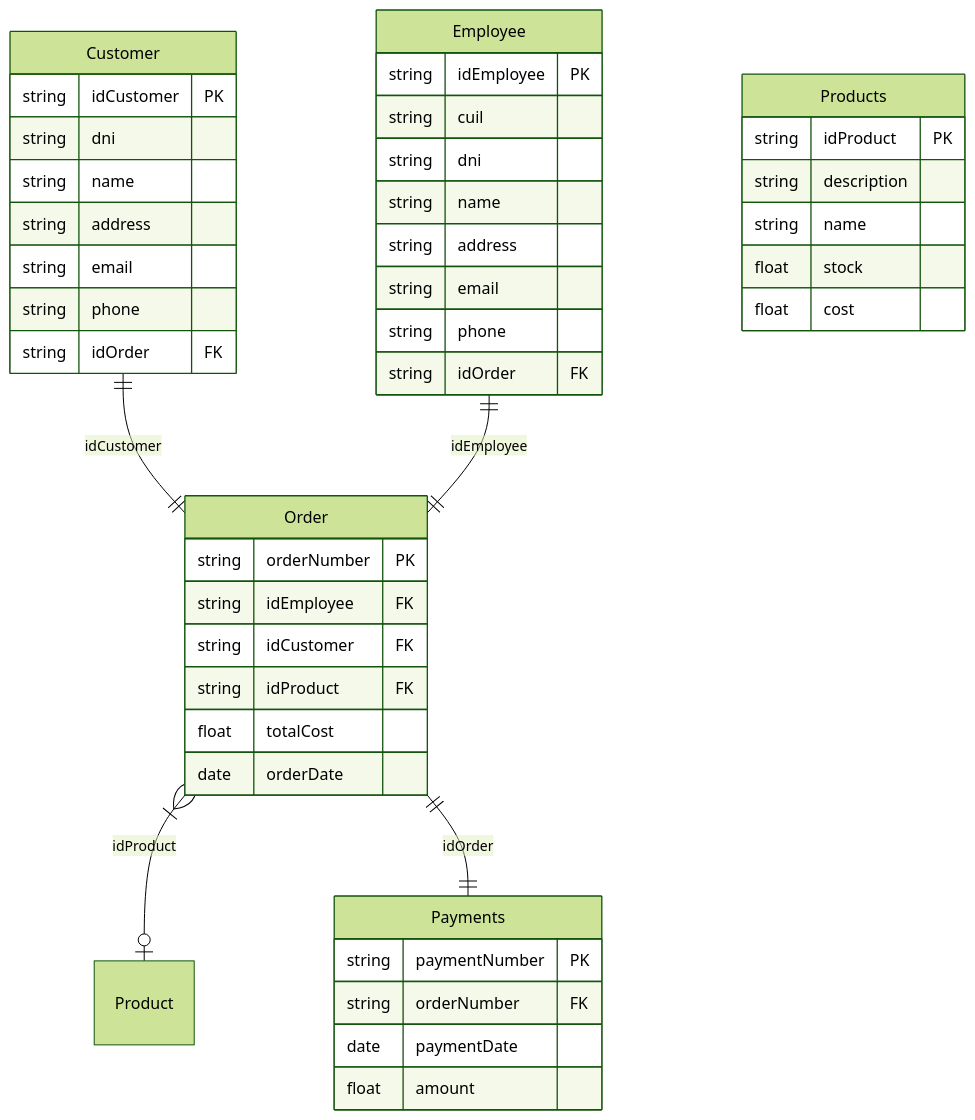
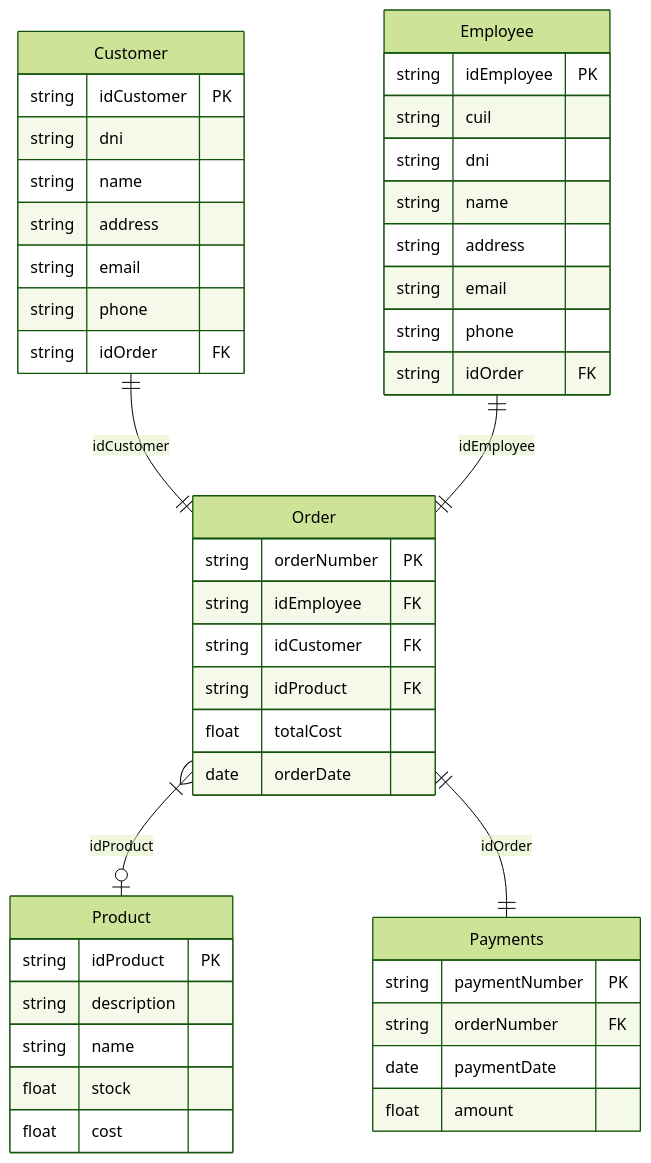
Before and after one commit to utnfrrodsw/tp: the diagram in proposal.md, drawn with Mermaid (forest theme).

````diff
--- a/proposal.md
+++ b/proposal.md
@@ -17,55 +17,55 @@
 ```mermaid
 erDiagram
 
 Customer{
 string idCustomer PK
 string dni
 string name
 string address
 string email
 string phone
 string idOrder FK
 }
 
 Employee{
 string idEmployee PK
 string cuil
 string dni
 string name
 string address
 string email
 string phone
 string idOrder FK
 }
 
 Order{
 string orderNumber PK
 string idEmployee FK
 string idCustomer FK
 string idProduct FK
 float totalCost
 date orderDate
 }
 
-Products{
+Product{
 string idProduct PK
 string description
 string name
 float stock
 float cost
 }
 
 
 Payments{
 string paymentNumber PK
 string orderNumber FK 
 date paymentDate
 float amount 
 }
 
 
 Customer ||--|| Order:idCustomer
 Employee ||--|| Order:idEmployee
 Order }|--o| Product:idProduct
 Order ||--|| Payments:idOrder
 ```
````
